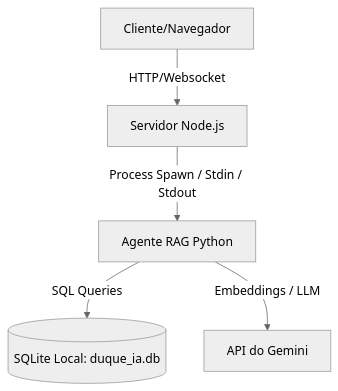
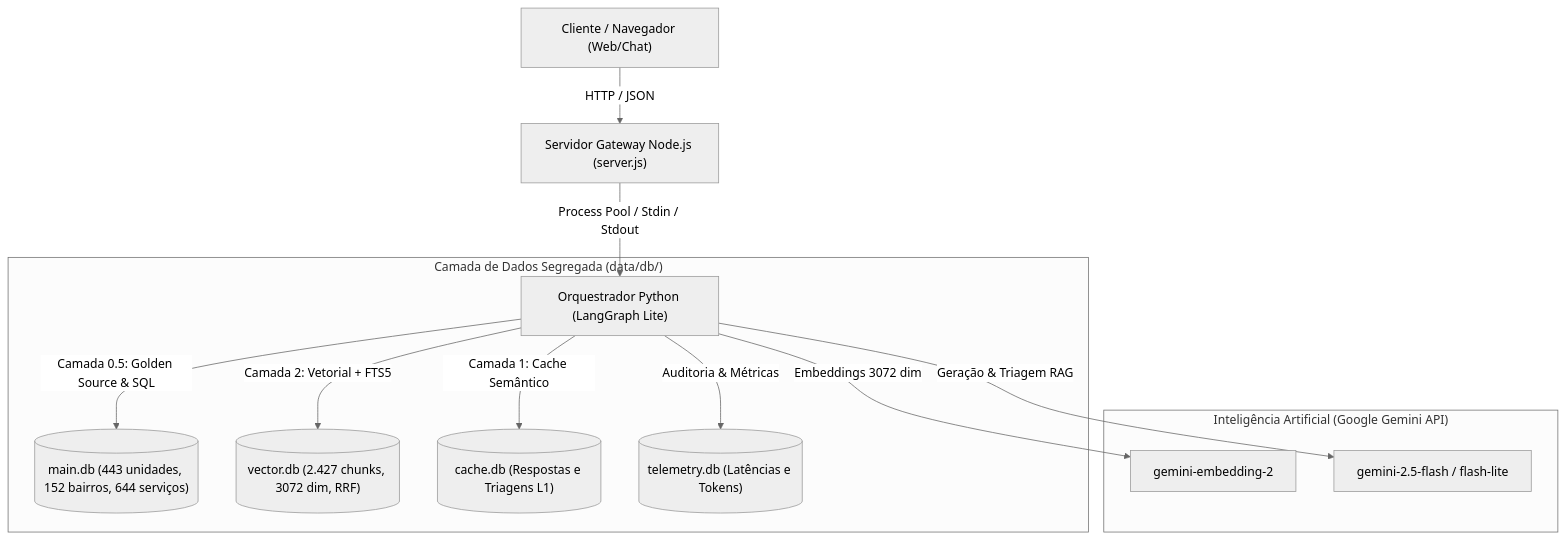
The diagram in docs/01-Projeto/Arquitetura.md (ouvidoriag/duqueia), drawn with Mermaid (neutral theme) before and after one commit. The commit also changed other lines of this file and 106 other files, not shown here.

Commit message:
feat(deploy): padronizar porta 3000 para Nginx, atualizar base vetorial, modelos Gemini 3.8/3.1 e rotas relativas

````diff
--- a/docs/01-Projeto/Arquitetura.md
+++ b/docs/01-Projeto/Arquitetura.md
@@ -5,7 +5,17 @@
 ```mermaid
 graph TD
-    Client[Cliente/Navegador] -->|HTTP/Websocket| ServerNode[Servidor Node.js]
-    ServerNode -->|Process Spawn / Stdin / Stdout| PythonAgent[Agente RAG Python]
-    PythonAgent -->|SQL Queries| DB[(SQLite Local: duque_ia.db)]
-    PythonAgent -->|Embeddings / LLM| GeminiAPI[API do Gemini]
+    Client["Cliente / Navegador (Web/Chat)"] -->|HTTP / JSON| ServerNode["Servidor Gateway Node.js (server.js)"]
+    ServerNode -->|Process Pool / Stdin / Stdout| PythonAgent["Orquestrador Python (LangGraph Lite)"]
+    
+    subgraph "Camada de Dados Segregada (data/db/)"
+        PythonAgent -->|Camada 0.5: Golden Source & SQL| DBMain[("main.db (443 unidades, 152 bairros, 644 serviços)")]
+        PythonAgent -->|Camada 2: Vetorial + FTS5| DBVector[("vector.db (2.427 chunks, 3072 dim, RRF)")]
+        PythonAgent -->|Camada 1: Cache Semântico| DBCache[("cache.db (Respostas e Triagens L1)")]
+        PythonAgent -->|Auditoria & Métricas| DBTelem[("telemetry.db (Latências e Tokens)")]
+    end
+
+    subgraph "Inteligência Artificial (Google Gemini API)"
+        PythonAgent -->|Embeddings 3072 dim| GeminiEmb["gemini-embedding-2"]
+        PythonAgent -->|Geração & Triagem RAG| GeminiLLM["gemini-2.5-flash / flash-lite"]
+    end
 ```
````
